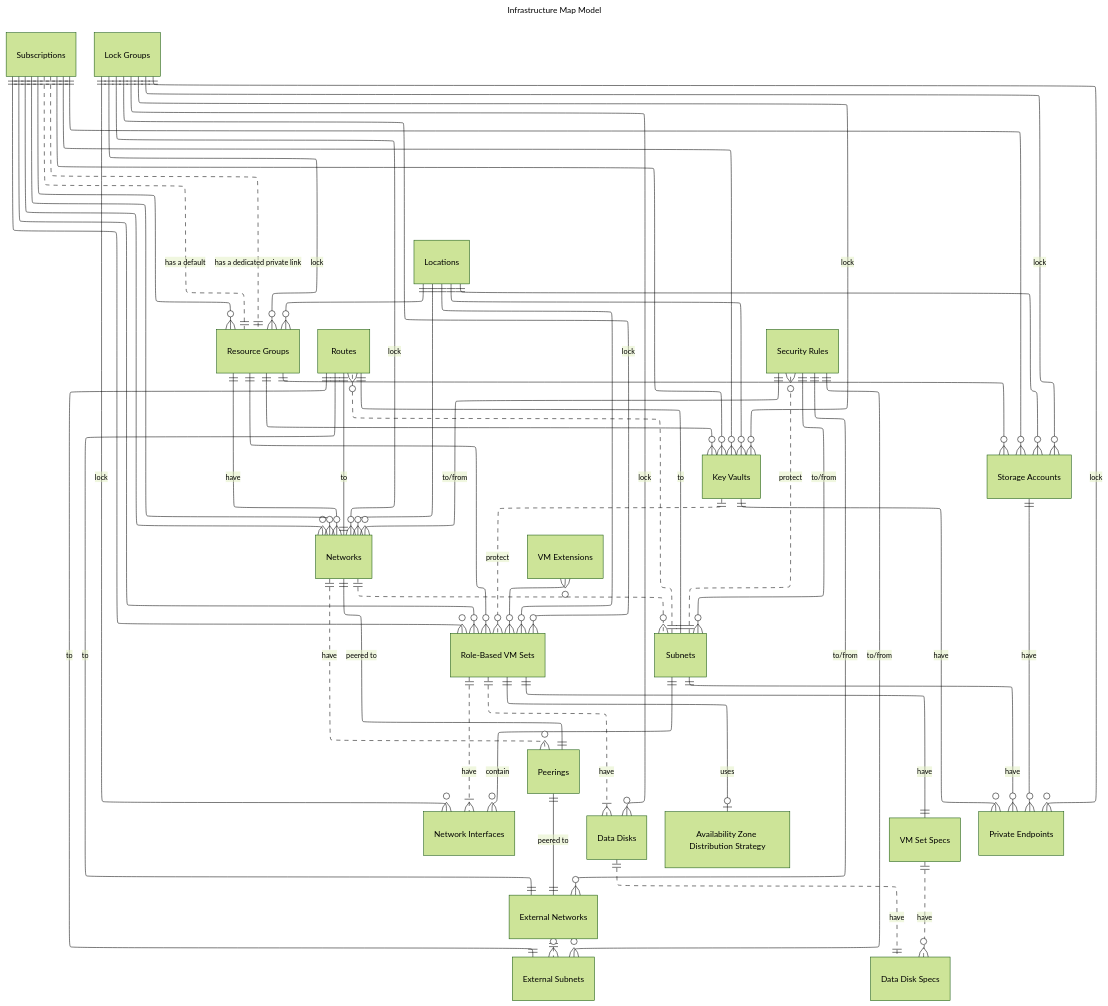
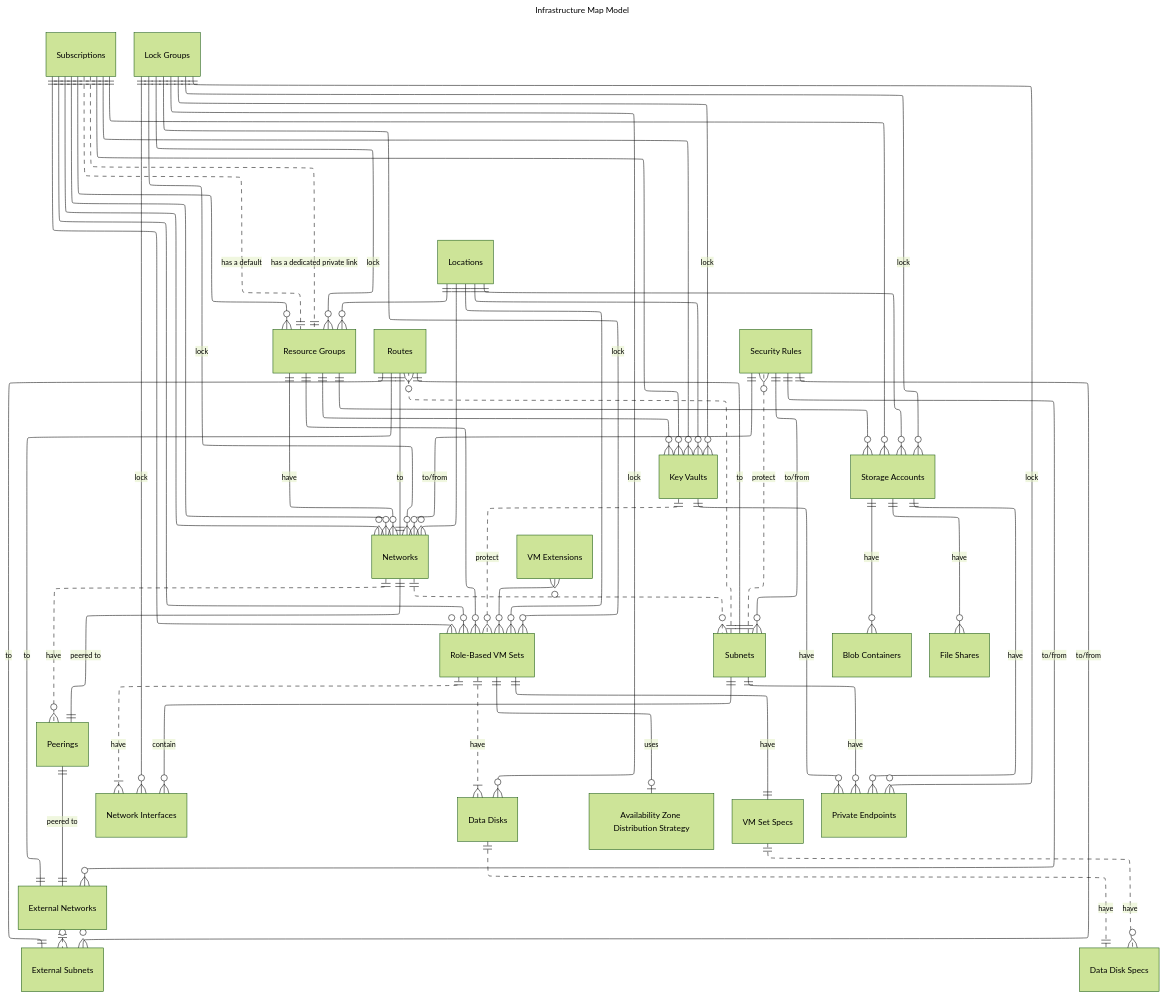
One commit to Azure/relational-infrastructure changed the diagram in README.md. Above: the diagram before and after it, drawn with Mermaid (forest theme).

````diff
--- a/README.md
+++ b/README.md
@@ -43,62 +43,64 @@
 ```mermaid
 ---
 title: Infrastructure Map Model
 config:
         layout: elk
 ---
 erDiagram
   Locations ||--o{ "Resource Groups" : ""
   Locations ||--o{ "Networks" : ""
   Locations ||--o{ "Role-Based VM Sets" : ""
   Locations ||--o{ "Key Vaults" : ""
   Locations ||--o{ "Storage Accounts" : ""
   Subscriptions ||--o{ "Key Vaults" : ""
   Subscriptions ||--o{ "Resource Groups" : ""
   Subscriptions ||--o{ "Networks" : ""
   Subscriptions ||--o{ "Role-Based VM Sets" : ""
   Subscriptions ||--o{ "Storage Accounts" : ""
   "Resource Groups" ||--o{ "Role-Based VM Sets" : ""
   "Resource Groups" ||--o{ "Key Vaults" : ""
   "Resource Groups" ||--o{ "Storage Accounts" : ""
   "Subscriptions" ||..|| "Resource Groups" : "has a default"
   "Subscriptions" ||..|| "Resource Groups" : "has a dedicated private link"
   "Subscriptions" ||--o{ "Networks" : ""
   "Subscriptions" ||--o{ "Role-Based VM Sets" : ""
   "Subscriptions" ||--o{ "Key Vaults" : ""
   "VM Extensions" }o--o{ "Role-Based VM Sets" : ""
   "Networks" ||..o{ "Subnets" : ""
   "External Networks" ||..o{ "External Subnets" : ""
   "Subnets" ||..o{ "Routes" : ""
   "Routes" ||--|| "Networks" : "to"
   "Routes" ||--|| "External Networks" : "to"
   "Routes" ||--|| "Subnets" : "to"
   "Routes" ||--|| "External Subnets" : "to"
   "Subnets" ||..o{ "Security Rules" : "protect"
   "Security Rules" ||--o{ "Networks" : "to/from"
   "Security Rules" ||--o{ "Subnets" : "to/from"
   "Security Rules" ||--o{ "External Networks" : "to/from"
   "Security Rules" ||--o{ "External Subnets" : "to/from"
   "Key Vaults" ||..o{ "Role-Based VM Sets" : "protect"
   "Role-Based VM Sets" ||..|{ "Network Interfaces" : "have"
   "Role-Based VM Sets" ||..|{ "Data Disks" : "have"
   "Subnets" ||--o{ "Network Interfaces" : "contain"
   "Role-Based VM Sets" ||--o| "Availability Zone Distribution Strategy" : "uses"
   "Role-Based VM Sets" ||--|| "VM Set Specs" : "have"
   "VM Set Specs" ||..o{ "Data Disk Specs" : "have"
   "Data Disks" ||..|| "Data Disk Specs" : "have"
   "Resource Groups" ||--o{ "Networks" : "have"
   "Key Vaults" ||--o{ "Private Endpoints" : "have"
   "Subnets" ||--o{ "Private Endpoints" : "have"
   "Storage Accounts" ||--o{ "Private Endpoints" : "have"
   "Networks" ||..o{ "Peerings" : "have"
   "Peerings" ||--|| "Networks" : "peered to"
   "Peerings" ||--|| "External Networks" : "peered to"
   "Lock Groups" ||--o{ "Resource Groups" : "lock"
   "Lock Groups" ||--o{ "Networks" : "lock"
   "Lock Groups" ||--o{ "Key Vaults" : "lock"
   "Lock Groups" ||--o{ "Role-Based VM Sets" : "lock"
   "Lock Groups" ||--o{ "Data Disks" : "lock"
   "Lock Groups" ||--o{ "Network Interfaces" : "lock"
   "Lock Groups" ||--o{ "Private Endpoints" : "lock"
   "Lock Groups" ||--o{ "Storage Accounts" : "lock"
+  "Storage Accounts" ||--o{ "Blob Containers" : "have"
+  "Storage Accounts" ||--o{ "File Shares" : "have"
 ```
````
